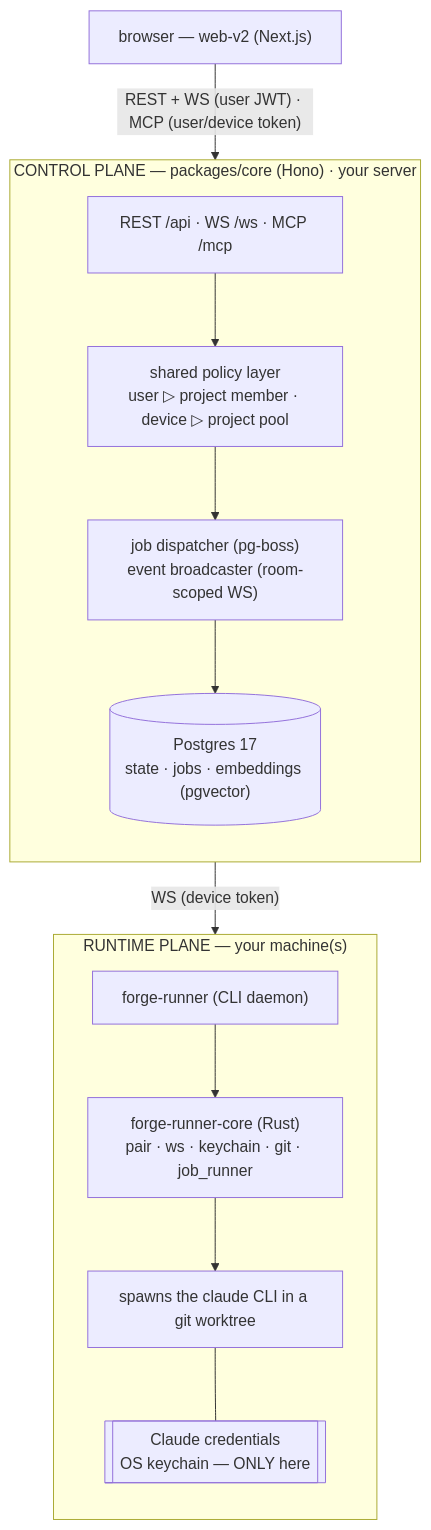
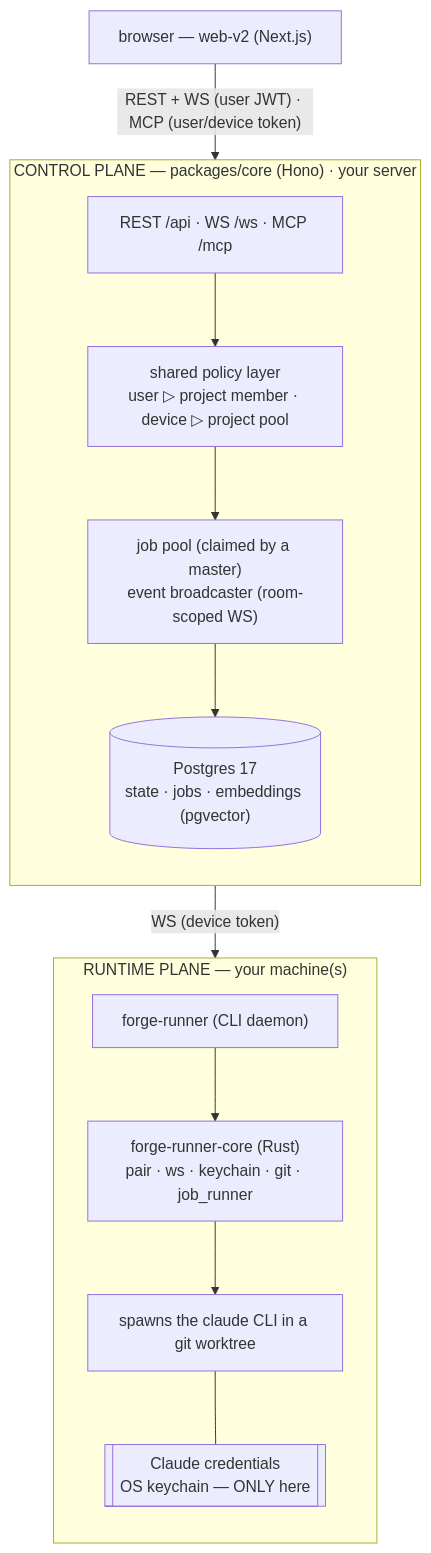
The diagram in docs/architecture/system-overview.md (SidCorp-co/forge), drawn with Mermaid before and after one commit. The commit also changed 110 other files, not shown here.

````diff
--- a/docs/architecture/system-overview.md
+++ b/docs/architecture/system-overview.md
@@ -14,25 +14,25 @@
 ```mermaid
 flowchart TB
   B["browser — web-v2 (Next.js)"]
 
   subgraph CP["CONTROL PLANE — packages/core (Hono) · your server"]
     direction TB
     E["REST /api · WS /ws · MCP /mcp"]
     P["shared policy layer<br/>user ▷ project member · device ▷ project pool"]
-    D["job dispatcher (pg-boss)<br/>event broadcaster (room-scoped WS)"]
+    D["job pool (claimed by a master)<br/>event broadcaster (room-scoped WS)"]
     DB[("Postgres 17<br/>state · jobs · embeddings (pgvector)")]
     E --> P --> D --> DB
   end
 
   subgraph RP["RUNTIME PLANE — your machine(s)"]
     direction TB
     R["forge-runner (CLI daemon)"]
     RC["forge-runner-core (Rust)<br/>pair · ws · keychain · git · job_runner"]
     C["spawns the claude CLI in a git worktree"]
     K[["Claude credentials<br/>OS keychain — ONLY here"]]
     R --> RC --> C --- K
   end
 
   B -- "REST + WS (user JWT) · MCP (user/device token)" --> E
   D -- "WS (device token)" --> R
 ```
````
